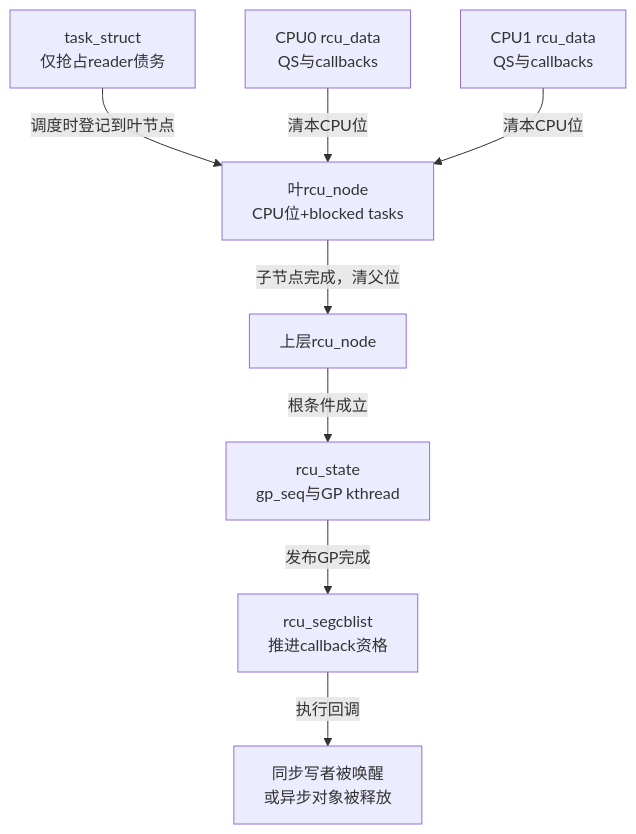
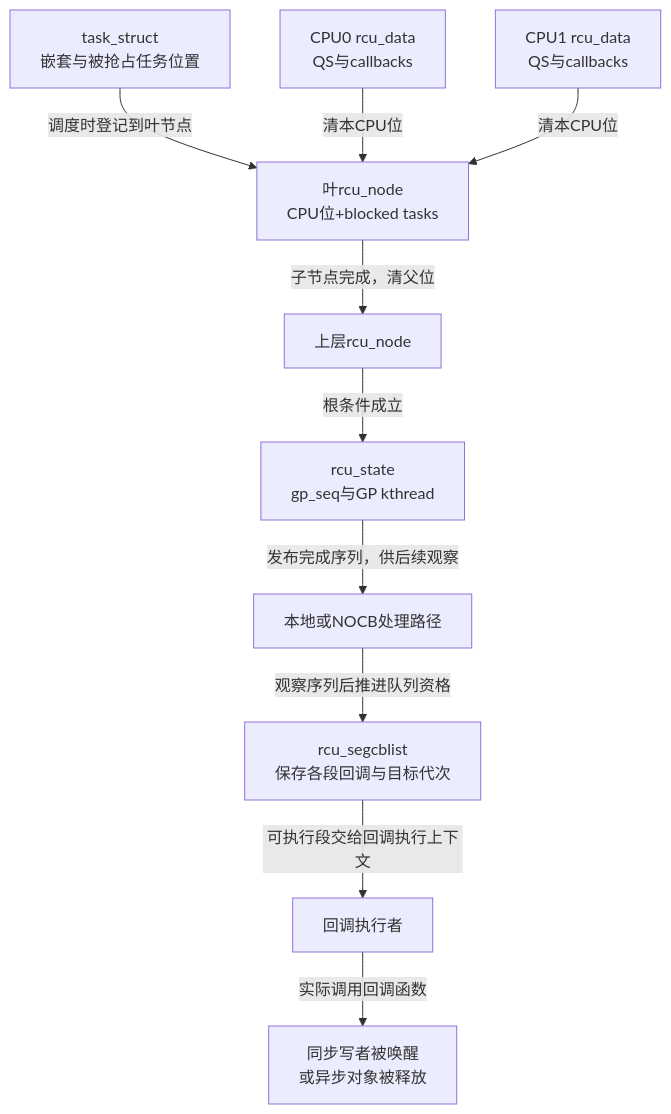
Before and after one commit to FormingSystem/linux_note: the second of 3 diagrams in knowledge/linux/synchronization_and_asynchrony/synchronization/rcu/P05_Tree_RCU_公共骨架与完整周期.md, drawn with Mermaid. The commit also changed other lines of this file and 3 other files, not shown here.

````diff
--- a/knowledge/linux/synchronization_and_asynchrony/synchronization/rcu/P05_Tree_RCU_公共骨架与完整周期.md
+++ b/knowledge/linux/synchronization_and_asynchrony/synchronization/rcu/P05_Tree_RCU_公共骨架与完整周期.md
@@ -114,10 +111,12 @@
 ```mermaid
 flowchart TB
-    T["task_struct<br/>仅抢占reader债务"] -->|"调度时登记到叶节点"| N0["叶rcu_node<br/>CPU位+blocked tasks"]
+    T["task_struct<br/>嵌套与被抢占任务位置"] -->|"调度时登记到叶节点"| N0["叶rcu_node<br/>CPU位+blocked tasks"]
     C0["CPU0 rcu_data<br/>QS与callbacks"] -->|"清本CPU位"| N0
     C1["CPU1 rcu_data<br/>QS与callbacks"] -->|"清本CPU位"| N0
     N0 -->|"子节点完成，清父位"| N1["上层rcu_node"]
     N1 -->|"根条件成立"| G["rcu_state<br/>gp_seq与GP kthread"]
-    G -->|"发布GP完成"| callback_queue["rcu_segcblist<br/>推进callback资格"]
-    callback_queue -->|"执行回调"| wait_target["同步写者被唤醒<br/>或异步对象被释放"]
+    G -->|"发布完成序列，供后续观察"| X["本地或NOCB处理路径"]
+    X -->|"观察序列后推进队列资格"| callback_queue["rcu_segcblist<br/>保存各段回调与目标代次"]
+    callback_queue -->|"可执行段交给回调执行上下文"| E["回调执行者"]
+    E -->|"实际调用回调函数"| wait_target["同步写者被唤醒<br/>或异步对象被释放"]
 ```
````
